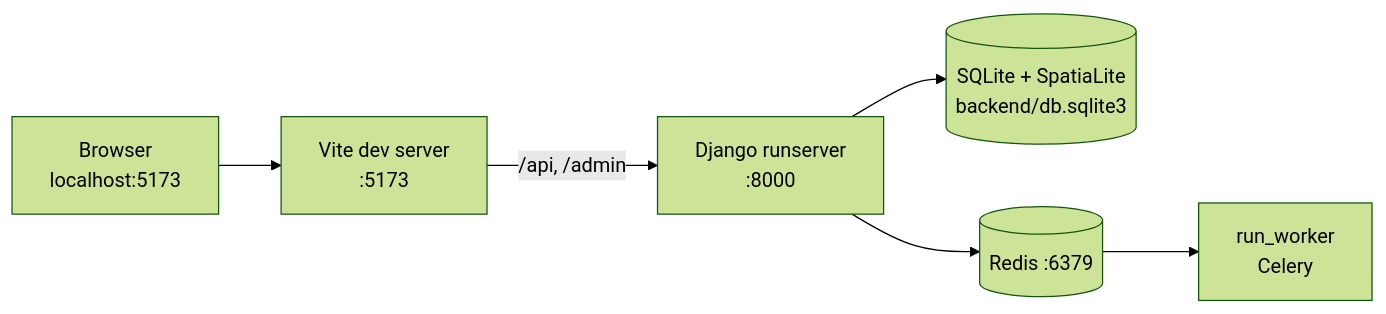
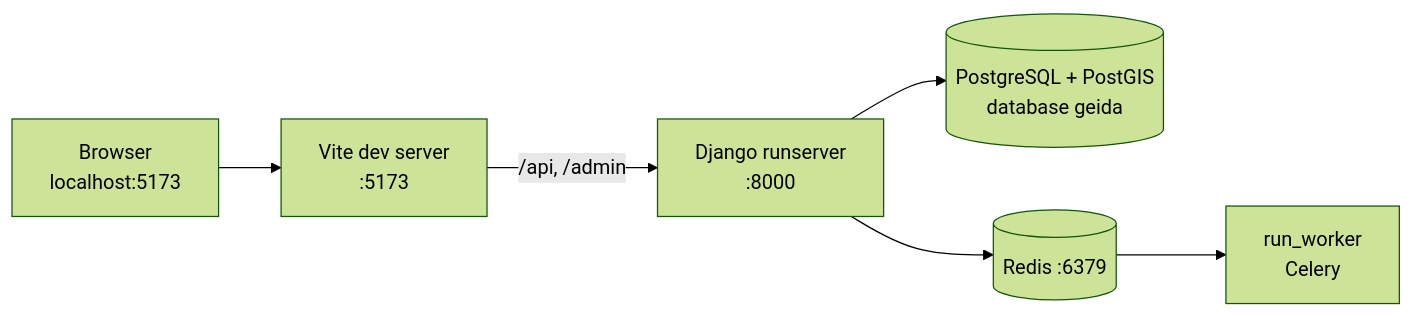
Before and after one commit to geonexa/isdb_geida: the diagram in docs/setup/local-development.md, drawn with Mermaid (forest theme). The commit also changed other lines of this file and 378 other files, not shown here.

````diff
--- a/docs/setup/local-development.md
+++ b/docs/setup/local-development.md
@@ -6,8 +6,8 @@
 ```mermaid
 flowchart LR
     U[Browser<br/>localhost:5173] --> V[Vite dev server<br/>:5173]
     V -->|/api, /admin| D[Django runserver<br/>:8000]
-    D --> S[(SQLite + SpatiaLite<br/>backend/db.sqlite3)]
+    D --> S[(PostgreSQL + PostGIS<br/>database geida)]
     D --> R[(Redis :6379)]
     R --> W[run_worker<br/>Celery]
 ```
````
